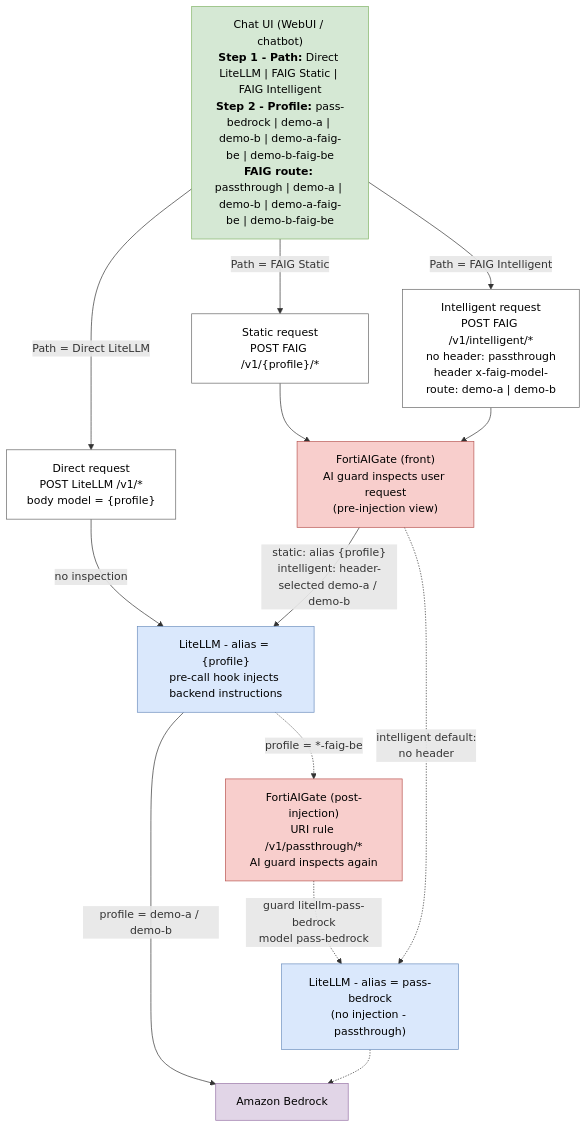
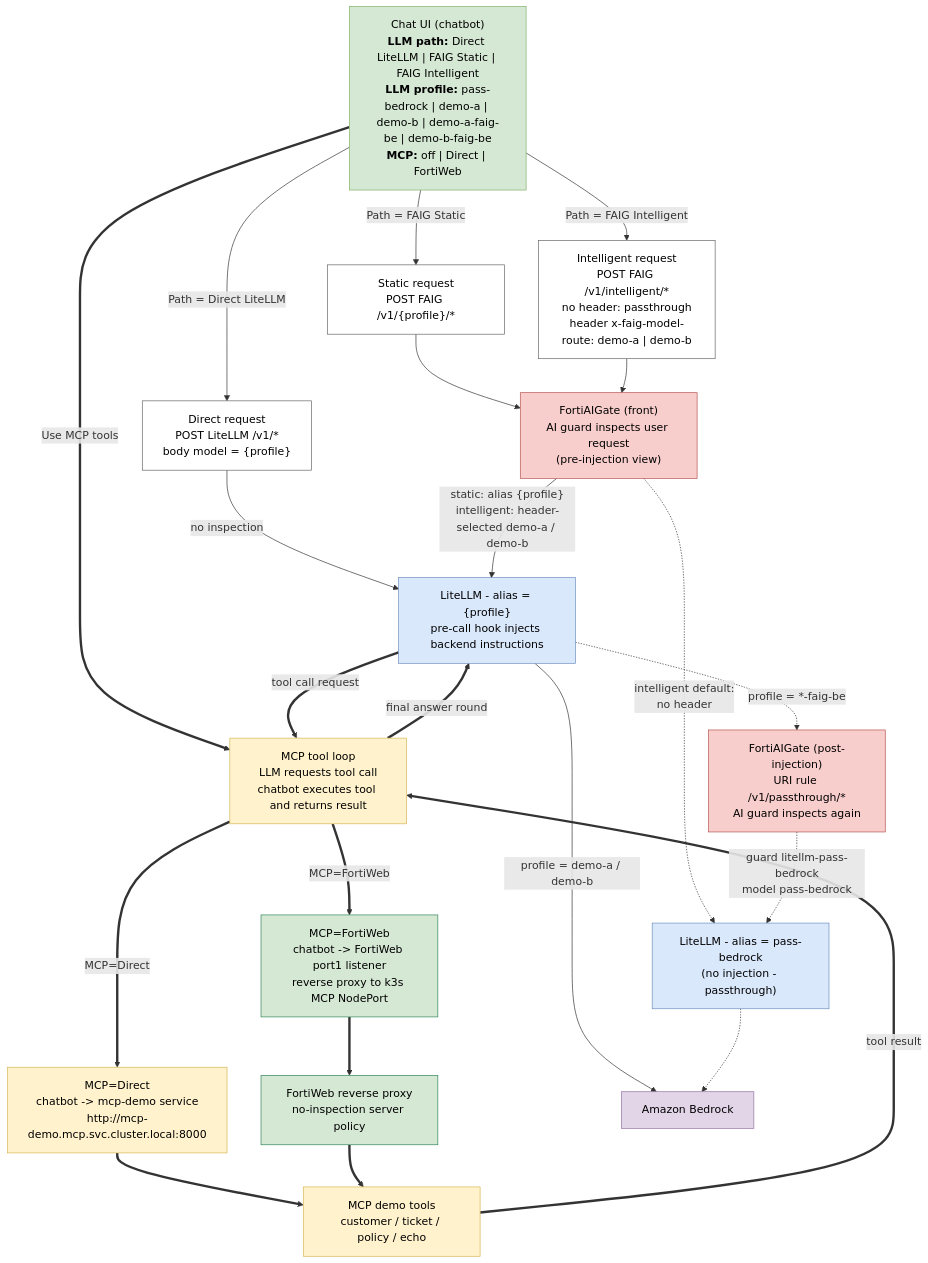
Before and after one commit to mabutterfield/fortiaigate_demo: the diagram in docs/fortiaigate-lab-flows.md, drawn with Mermaid. The commit also changed other lines of this file and 20 other files, not shown here.

````diff
--- a/docs/fortiaigate-lab-flows.md
+++ b/docs/fortiaigate-lab-flows.md
@@ -7,41 +7,59 @@
 ```mermaid
 flowchart TD
-    UI["Chat UI (WebUI / chatbot)<br/><b>Step 1 - Path:</b> Direct LiteLLM | FAIG Static | FAIG Intelligent<br/><b>Step 2 - Profile:</b> pass-bedrock | demo-a | demo-b | demo-a-faig-be | demo-b-faig-be<br/><b>FAIG route:</b> passthrough | demo-a | demo-b | demo-a-faig-be | demo-b-faig-be"]
+    UI["Chat UI (chatbot)<br/><b>LLM path:</b> Direct LiteLLM | FAIG Static | FAIG Intelligent<br/><b>LLM profile:</b> pass-bedrock | demo-a | demo-b | demo-a-faig-be | demo-b-faig-be<br/><b>MCP:</b> off | Direct | FortiWeb"]
 
     RD["Direct request<br/>POST LiteLLM /v1/*<br/>body model = {profile}"]
     RS["Static request<br/>POST FAIG /v1/{profile}/*"]
     RI["Intelligent request<br/>POST FAIG /v1/intelligent/*<br/>no header: passthrough<br/>header x-faig-model-route: demo-a | demo-b"]
+    MT["MCP tool loop<br/>LLM requests tool call<br/>chatbot executes tool and returns result"]
+    MD["MCP=Direct<br/>chatbot -> mcp-demo service<br/>http://mcp-demo.mcp.svc.cluster.local:8000"]
+    MFW["MCP=FortiWeb<br/>chatbot -> FortiWeb port1 listener<br/>reverse proxy to k3s MCP NodePort"]
+    FWB["FortiWeb reverse proxy<br/>no-inspection server policy"]
+    MCP["MCP demo tools<br/>customer / ticket / policy / echo"]
 
     FAIG["FortiAIGate (front)<br/>AI guard inspects user request<br/>(pre-injection view)"]
     LL["LiteLLM - alias = {profile}<br/>pre-call hook injects backend instructions"]
     FB["FortiAIGate (post-injection)<br/>URI rule /v1/passthrough/*<br/>AI guard inspects again"]
     LP["LiteLLM - alias = pass-bedrock<br/>(no injection - passthrough)"]
     BR["Amazon Bedrock"]
 
     UI -->|"Path = Direct LiteLLM"| RD
     UI -->|"Path = FAIG Static"| RS
     UI -->|"Path = FAIG Intelligent"| RI
+    UI ==>|"Use MCP tools"| MT
 
     RD -->|"no inspection"| LL
     RS --> FAIG
     RI --> FAIG
     FAIG -->|"static: alias {profile}<br/>intelligent: header-selected demo-a / demo-b"| LL
     FAIG -.->|"intelligent default:<br/>no header"| LP
 
     LL -->|"profile = demo-a / demo-b"| BR
     LL -.->|"profile = *-faig-be"| FB
     FB -.->|"guard litellm-pass-bedrock<br/>model pass-bedrock"| LP
     LP -.-> BR
+    LL ==>|"tool call request"| MT
+    MT ==>|"MCP=Direct"| MD
+    MT ==>|"MCP=FortiWeb"| MFW
+    MD ==> MCP
+    MFW ==> FWB
+    FWB ==> MCP
+    MCP ==>|"tool result"| MT
+    MT ==>|"final answer round"| LL
 
     classDef ui fill:#d5e8d4,stroke:#82b366,color:#000
     classDef req fill:#ffffff,stroke:#666666,color:#000
     classDef faig fill:#f8cecc,stroke:#b85450,color:#000
     classDef ll fill:#dae8fc,stroke:#6c8ebf,color:#000
     classDef br fill:#e1d5e7,stroke:#9673a6,color:#000
+    classDef mcp fill:#fff2cc,stroke:#d6b656,color:#000
+    classDef fwb fill:#d5e8d4,stroke:#2f855a,color:#000
 
     class UI ui
     class RD,RS,RI req
     class FAIG,FB faig
     class LL,LP ll
     class BR br
+    class MT,MD,MCP mcp
+    class MFW,FWB fwb
 ```
````
